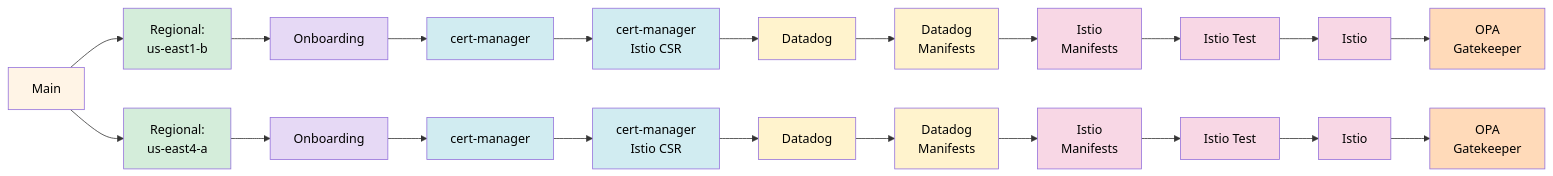
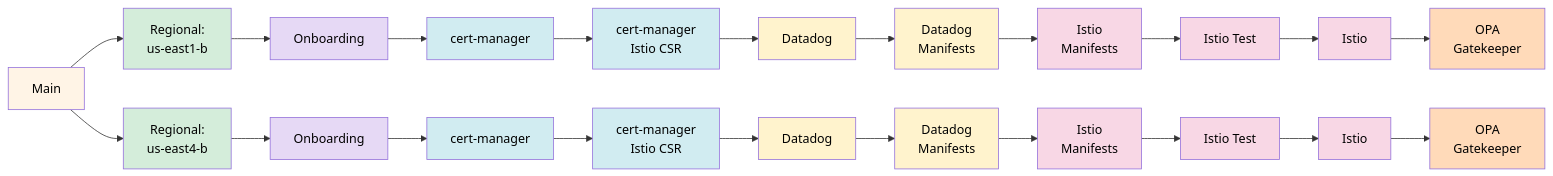
The diagram in README.md (osinfra-io/pt-pneuma), drawn with Mermaid before and after one commit. The commit also changed other lines of this file, not shown here.

````diff
--- a/README.md
+++ b/README.md
@@ -83,56 +83,56 @@
 ```mermaid
 graph LR
     B[Main]
 
     B --> C1[Regional:<br/>us-east1-b]
-    B --> C2[Regional:<br/>us-east4-a]
+    B --> C2[Regional:<br/>us-east4-b]
 
     C1 --> D1[Onboarding]
     C2 --> D2[Onboarding]
 
     D1 --> E1[cert-manager]
     D2 --> E2[cert-manager]
 
     E1 --> F1[cert-manager<br/>Istio CSR]
     E2 --> F2[cert-manager<br/>Istio CSR]
 
     F1 --> G1[Datadog]
     F2 --> G2[Datadog]
 
     G1 --> H1[Datadog<br/>Manifests]
     G2 --> H2[Datadog<br/>Manifests]
 
     H1 --> I1[Istio<br/>Manifests]
     H2 --> I2[Istio<br/>Manifests]
 
     I1 --> J1[Istio Test]
     I2 --> J2[Istio Test]
 
     J1 --> K1[Istio]
     J2 --> K2[Istio]
 
     K1 --> L1[OPA<br/>Gatekeeper]
     K2 --> L2[OPA<br/>Gatekeeper]
 
     style B fill:#fff4e6,color:#000
     style C1 fill:#d4edda,color:#000
     style C2 fill:#d4edda,color:#000
     style D1 fill:#e6d9f5,color:#000
     style D2 fill:#e6d9f5,color:#000
     style E1 fill:#d1ecf1,color:#000
     style E2 fill:#d1ecf1,color:#000
     style F1 fill:#d1ecf1,color:#000
     style F2 fill:#d1ecf1,color:#000
     style G1 fill:#fff3cd,color:#000
     style G2 fill:#fff3cd,color:#000
     style H1 fill:#fff3cd,color:#000
     style H2 fill:#fff3cd,color:#000
     style I1 fill:#f8d7e5,color:#000
     style I2 fill:#f8d7e5,color:#000
     style J1 fill:#f8d7e5,color:#000
     style J2 fill:#f8d7e5,color:#000
     style K1 fill:#f8d7e5,color:#000
     style K2 fill:#f8d7e5,color:#000
     style L1 fill:#ffdab9,color:#000
     style L2 fill:#ffdab9,color:#000
 ```
````
